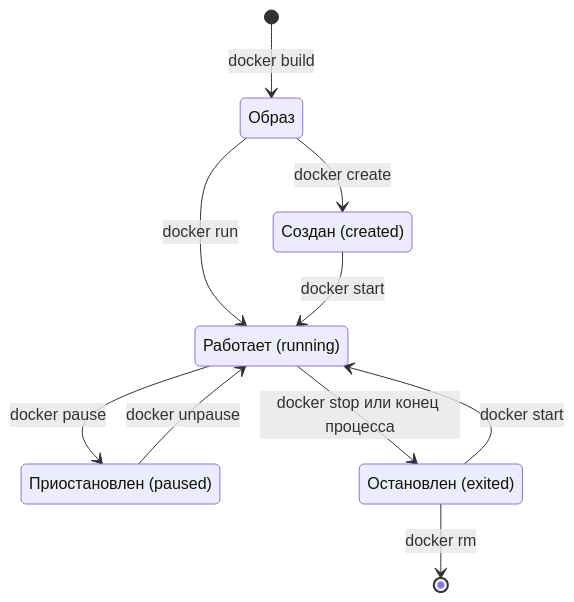
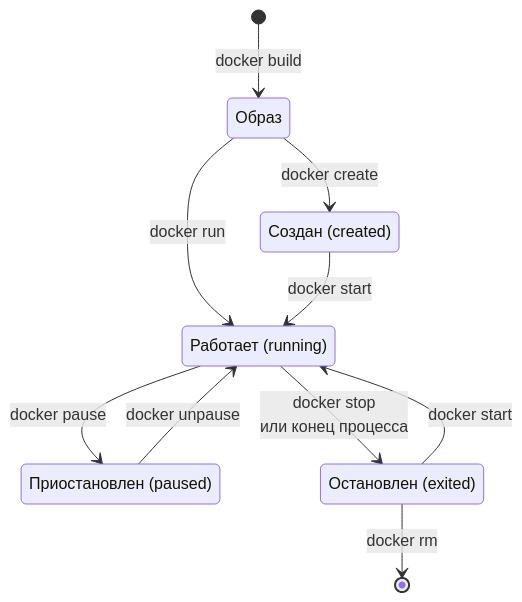
The third of 3 diagrams in labs/intro/docker_basics.md (geminishkv/course_labs), drawn with Mermaid before and after one commit. The commit also changed other lines of this file and 3 other files, not shown here.

First line of the commit message:
docs(diagrams): rework lab diagrams for readability and GOST notation

````diff
--- a/labs/intro/docker_basics.md
+++ b/labs/intro/docker_basics.md
@@ -300,21 +311,21 @@
 ```mermaid
 stateDiagram-v2
     accTitle: Жизненный цикл контейнера Docker
     accDescr: Из образа контейнер создаётся и запускается, может быть приостановлен или остановлен и удаляется командой docker rm; docker run объединяет создание и запуск.
 
     state "Образ" as image_state
     state "Создан (created)" as created_state
     state "Работает (running)" as running_state
     state "Приостановлен (paused)" as paused_state
     state "Остановлен (exited)" as exited_state
 
     [*] --> image_state : docker build
     image_state --> created_state : docker create
     image_state --> running_state : docker run
     created_state --> running_state : docker start
     running_state --> paused_state : docker pause
     paused_state --> running_state : docker unpause
-    running_state --> exited_state : docker stop или конец процесса
+    running_state --> exited_state : docker stop<br/>или конец процесса
     exited_state --> running_state : docker start
     exited_state --> [*] : docker rm
 ```
````
